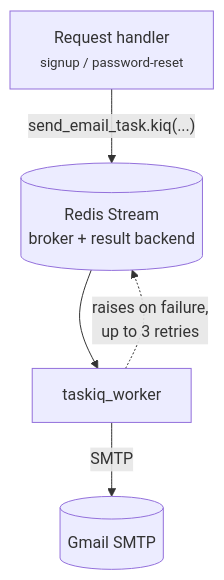
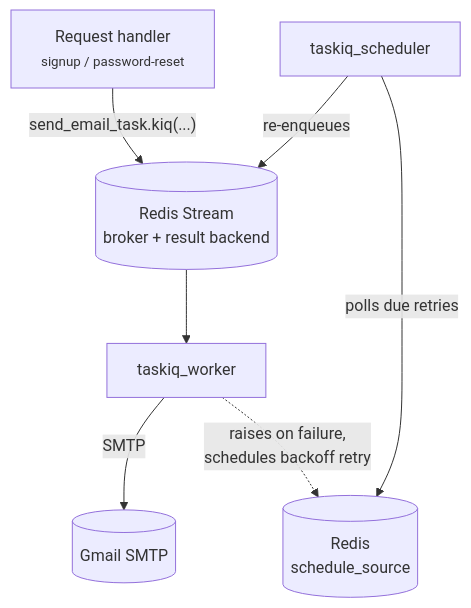
One commit to Nachiket-2024/balance_sheet_analysis changed the diagram in docs/mystic_auth/background-workers/taskiq.md. Above: the diagram before and after it, drawn with Mermaid. The commit also changed other lines of this file and 268 other files, not shown here.

````diff
--- a/docs/mystic_auth/background-workers/taskiq.md
+++ b/docs/mystic_auth/background-workers/taskiq.md
@@ -33,7 +43,9 @@
 ```mermaid
 flowchart TD
     Req["Request handler<br/><small>signup / password-reset</small>"] -- "send_email_task.kiq(...)" --> Stream[("Redis Stream<br/>broker + result backend")]
     Stream --> Worker["taskiq_worker"]
     Worker -->|SMTP| Gmail[("Gmail SMTP")]
-    Worker -.->|"raises on failure,<br/>up to 3 retries"| Stream
+    Worker -.->|"raises on failure,<br/>schedules backoff retry"| Schedule[("Redis<br/>schedule_source")]
+    Sched["taskiq_scheduler"] -- "polls due retries" --> Schedule
+    Sched -- "re-enqueues" --> Stream
 ```
````
